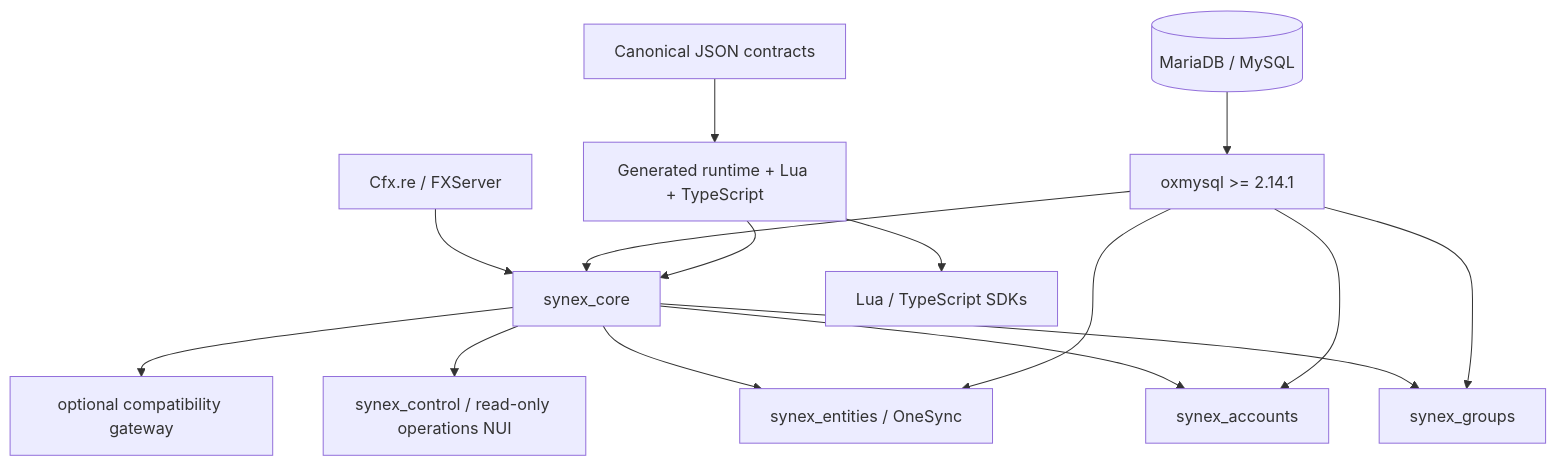
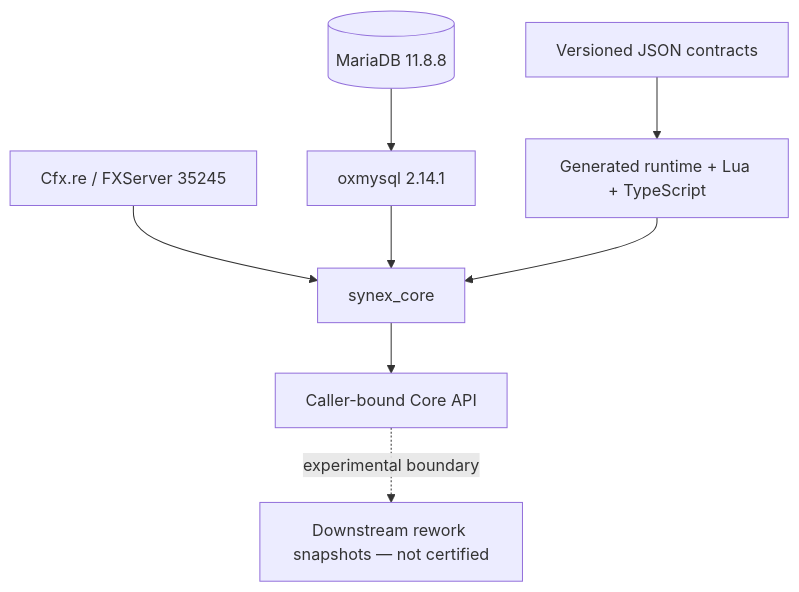
The diagram in README.md (PixelGG/Synex_Framework), drawn with Mermaid before and after one commit. The commit also changed other lines of this file and 64 other files, not shown here.

````diff
--- a/README.md
+++ b/README.md
@@ -98,20 +104,11 @@
 ```mermaid
 flowchart TB
-    CFX["Cfx.re / FXServer"] --> CORE["synex_core"]
-    DB[("MariaDB / MySQL")] --> OX["oxmysql >= 2.14.1"]
+    CFX["Cfx.re / FXServer 35245"] --> CORE["synex_core"]
+    DB[("MariaDB 11.8.8")] --> OX["oxmysql 2.14.1"]
     OX --> CORE
 
-    CONTRACTS["Canonical JSON contracts"] --> GENERATED["Generated runtime + Lua + TypeScript"]
+    CONTRACTS["Versioned JSON contracts"] --> GENERATED["Generated runtime + Lua + TypeScript"]
     GENERATED --> CORE
-    GENERATED --> SDK["Lua / TypeScript SDKs"]
-
-    CORE --> GROUPS["synex_groups"]
-    CORE --> ACCOUNTS["synex_accounts"]
-    CORE --> ENTITIES["synex_entities / OneSync"]
-    CORE --> CONTROL["synex_control / read-only operations NUI"]
-    CORE --> BRIDGE["optional compatibility gateway"]
-
-    OX --> GROUPS
-    OX --> ACCOUNTS
-    OX --> ENTITIES
+    CORE --> API["Caller-bound Core API"]
+    API -. "experimental boundary" .-> REWORK["Downstream rework snapshots — not certified"]
 ```
````
